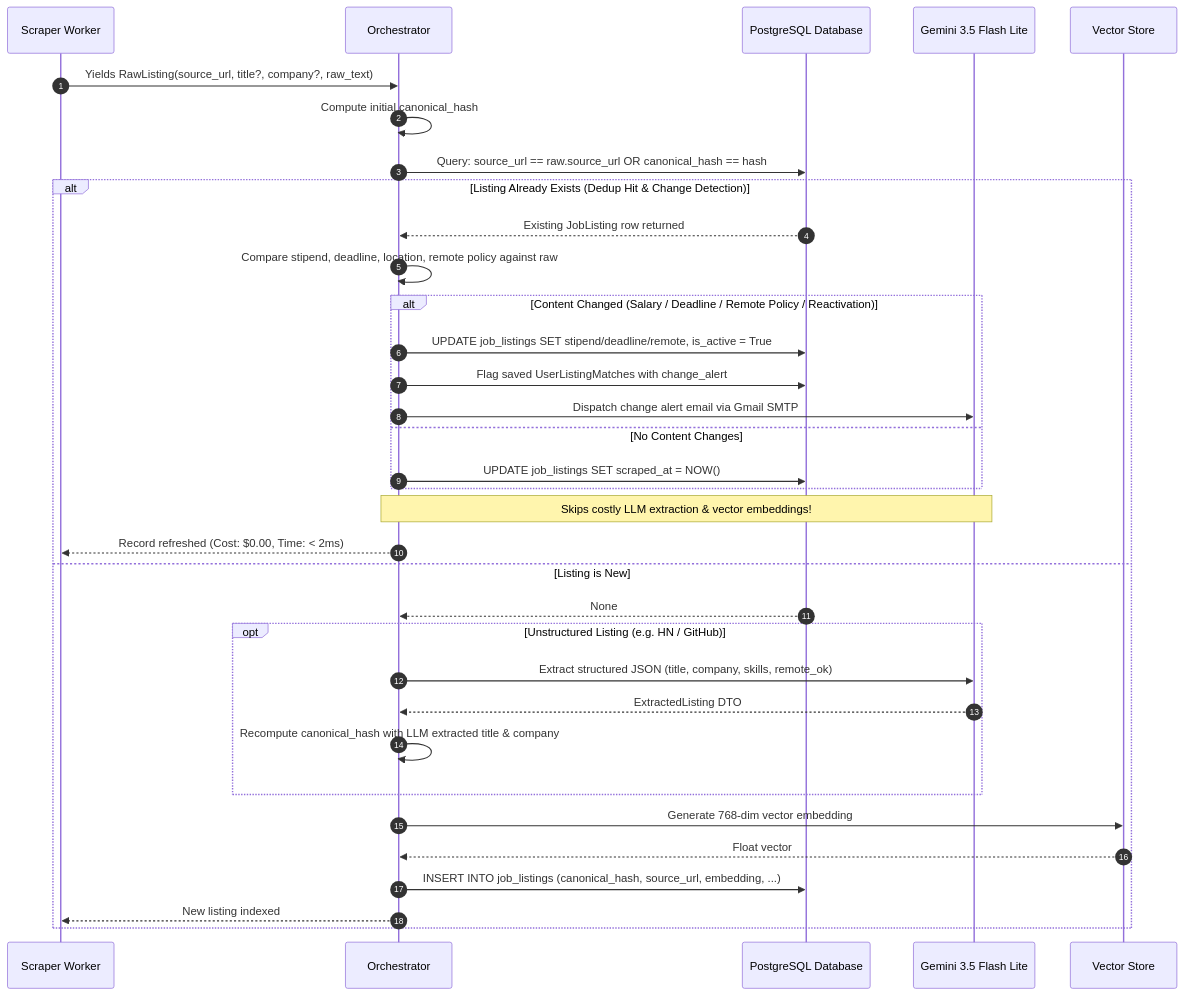
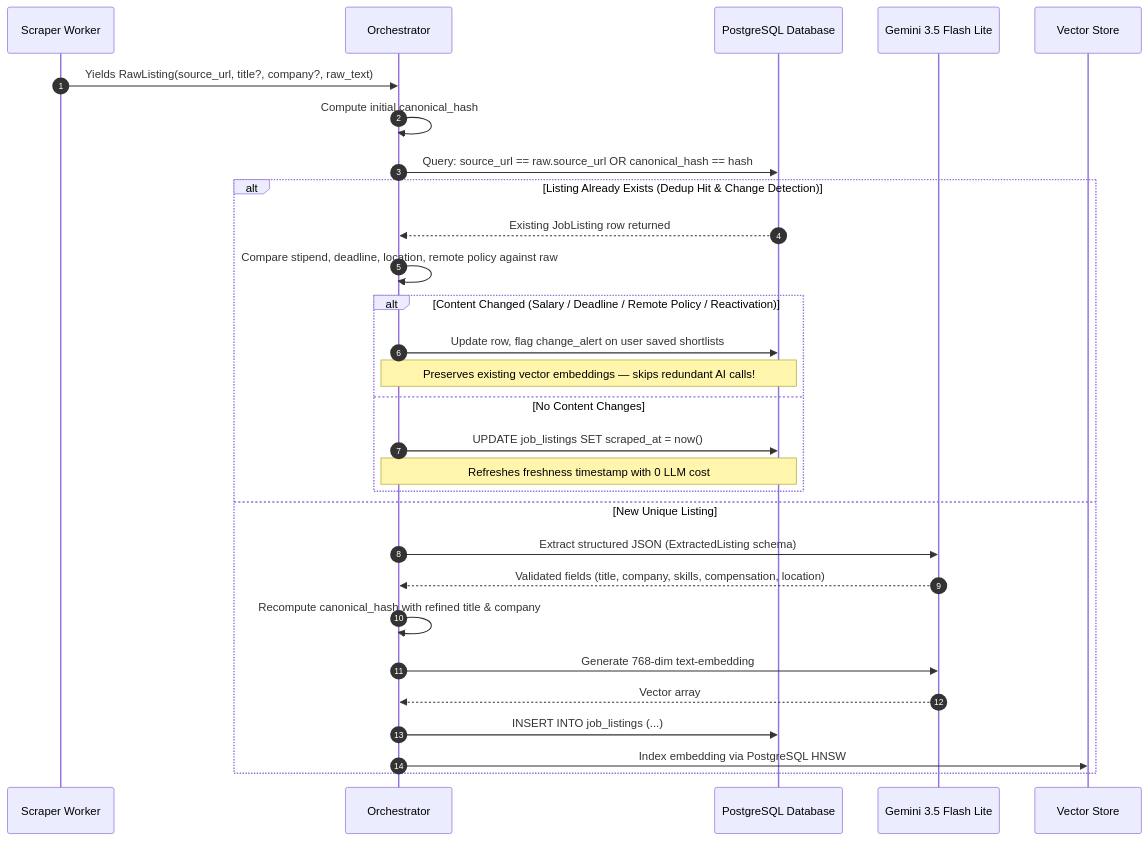
One commit to VHarshedh/Nexus changed the second of 2 diagrams in README.md. Above: the diagram before and after it, drawn with Mermaid. The commit also changed other lines of this file, not shown here.

````diff
--- a/README.md
+++ b/README.md
@@ -85,37 +120,32 @@
 ```mermaid
 sequenceDiagram
     autonumber
     participant S as Scraper Worker
     participant O as Orchestrator
     participant DB as PostgreSQL Database
     participant AI as Gemini 3.5 Flash Lite
     participant V as Vector Store
 
     S->>O: Yields RawListing(source_url, title?, company?, raw_text)
     O->>O: Compute initial canonical_hash
     O->>DB: Query: source_url == raw.source_url OR canonical_hash == hash
     alt Listing Already Exists (Dedup Hit & Change Detection)
         DB-->>O: Existing JobListing row returned
         O->>O: Compare stipend, deadline, location, remote policy against raw
         alt Content Changed (Salary / Deadline / Remote Policy / Reactivation)
-            O->>DB: UPDATE job_listings SET stipend/deadline/remote, is_active = True
-            O->>DB: Flag saved UserListingMatches with change_alert
-            O->>AI: Dispatch change alert email via Gmail SMTP
+            O->>DB: Update row, flag change_alert on user saved shortlists
+            Note over O,DB: Preserves existing vector embeddings — skips redundant AI calls!
         else No Content Changes
-            O->>DB: UPDATE job_listings SET scraped_at = NOW()
+            O->>DB: UPDATE job_listings SET scraped_at = now()
+            Note over O,DB: Refreshes freshness timestamp with 0 LLM cost
         end
-        Note over O,AI: Skips costly LLM extraction & vector embeddings!
-        O-->>S: Record refreshed (Cost: $0.00, Time: < 2ms)
-    else Listing is New
-        DB-->>O: None
-        opt Unstructured Listing (e.g. HN / GitHub)
-            O->>AI: Extract structured JSON (title, company, skills, remote_ok)
-            AI-->>O: ExtractedListing DTO
-            O->>O: Recompute canonical_hash with LLM extracted title & company
-        end
-        O->>V: Generate 768-dim vector embedding
-        V-->>O: Float vector
-        O->>DB: INSERT INTO job_listings (canonical_hash, source_url, embedding, ...)
-        O-->>S: New listing indexed
+    else New Unique Listing
+        O->>AI: Extract structured JSON (ExtractedListing schema)
+        AI-->>O: Validated fields (title, company, skills, compensation, location)
+        O->>O: Recompute canonical_hash with refined title & company
+        O->>AI: Generate 768-dim text-embedding
+        AI-->>O: Vector array
+        O->>DB: INSERT INTO job_listings (...)
+        O->>V: Index embedding via PostgreSQL HNSW
     end
 ```
````
